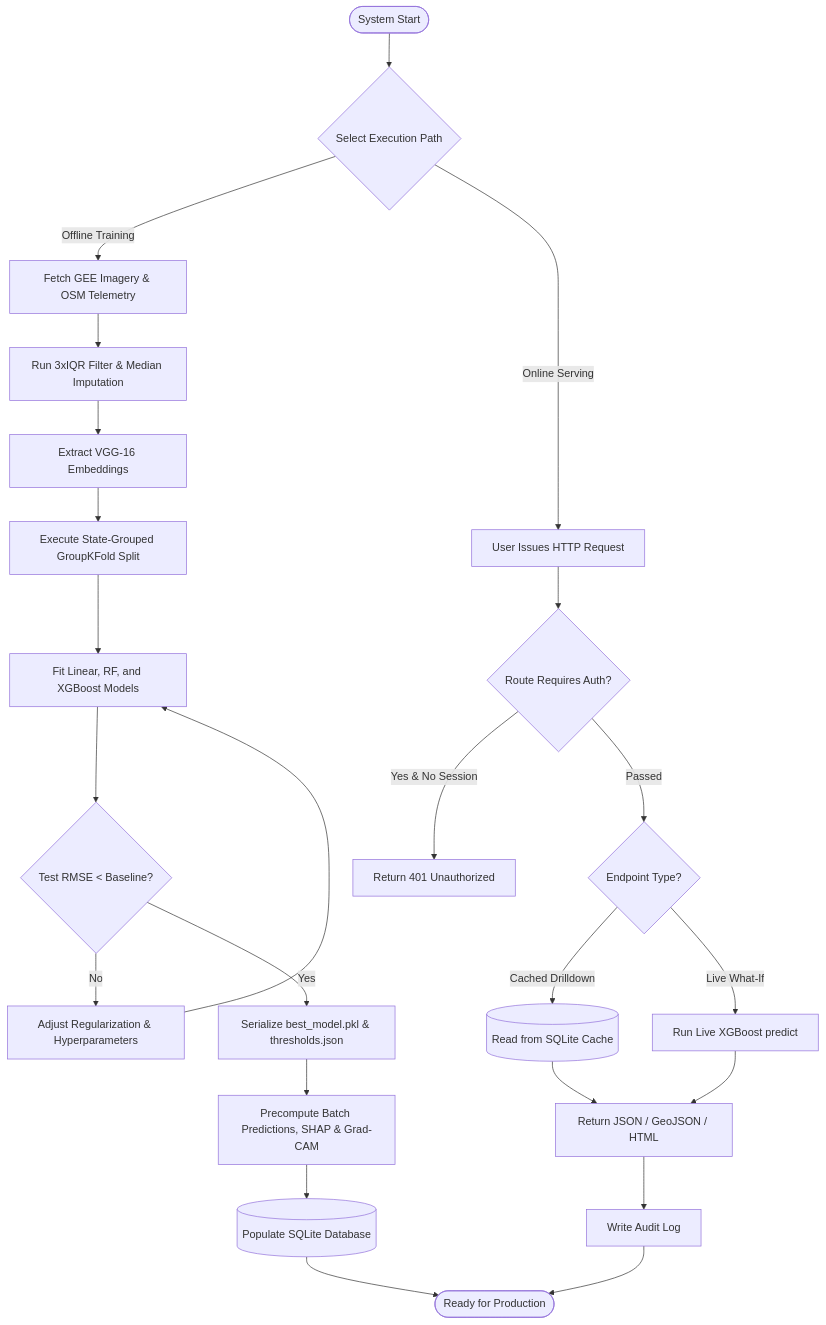
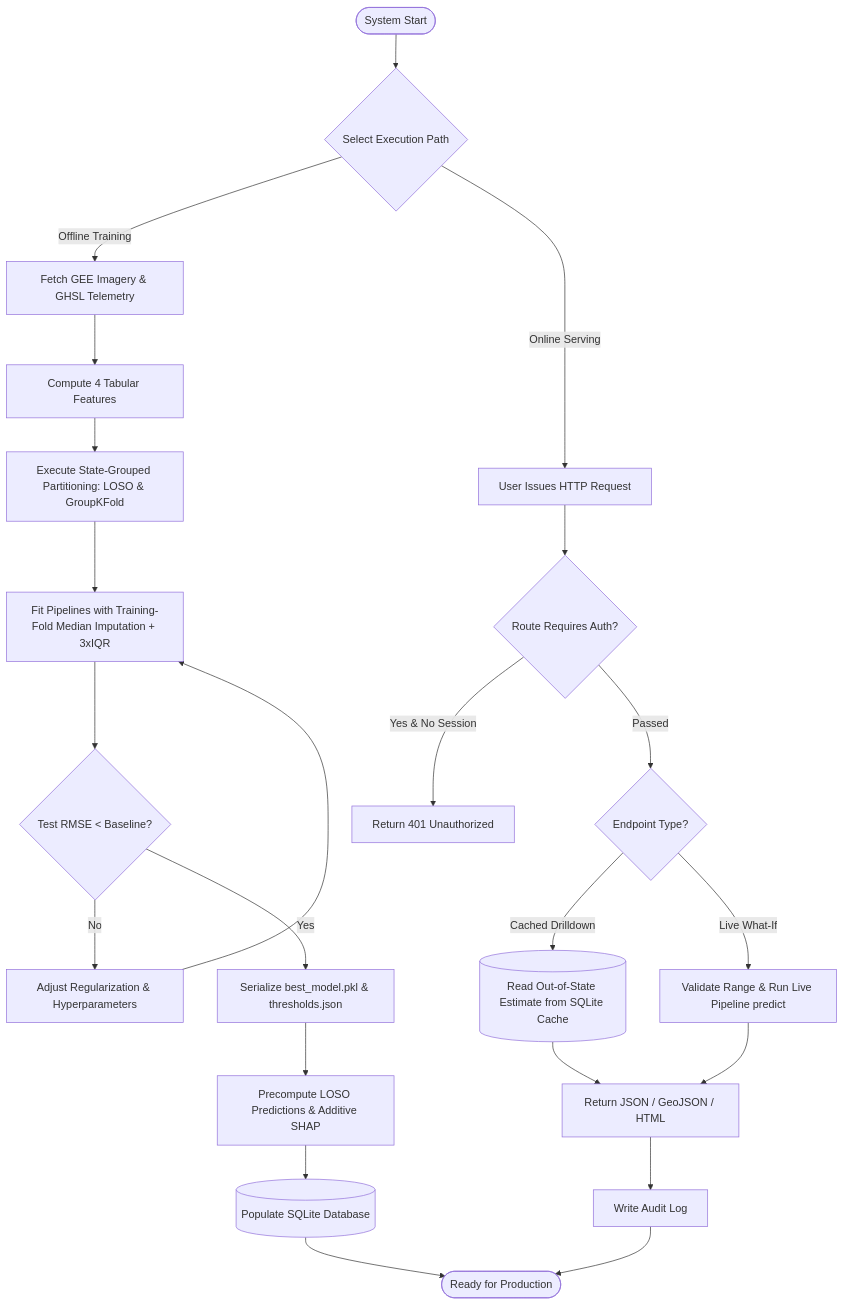
Before and after one commit to ditheshshettigar00-jpg/GeoPovertyAI: the seventh of 7 diagrams in documentation/SOFTWARE_DESIGN_SPECIFICATION.md, drawn with Mermaid. The commit also changed other lines of this file and 133 other files, not shown here.

````diff
--- a/documentation/SOFTWARE_DESIGN_SPECIFICATION.md
+++ b/documentation/SOFTWARE_DESIGN_SPECIFICATION.md
@@ -684,30 +707,29 @@
 ```mermaid
 flowchart TD
     Start([System Start]) --> Mode{Select Execution Path}
 
     %% Training Path
-    Mode -->|Offline Training| Ingest[Fetch GEE Imagery & OSM Telemetry]
-    Ingest --> Clean[Run 3xIQR Filter & Median Imputation]
-    Clean --> Vision[Extract VGG-16 Embeddings]
-    Vision --> Split[Execute State-Grouped GroupKFold Split]
-    Split --> Train[Fit Linear, RF, and XGBoost Models]
+    Mode -->|Offline Training| Ingest[Fetch GEE Imagery & GHSL Telemetry]
+    Ingest --> Clean[Compute 4 Tabular Features]
+    Clean --> Split[Execute State-Grouped Partitioning: LOSO & GroupKFold]
+    Split --> Train[Fit Pipelines with Training-Fold Median Imputation + 3xIQR]
     Train --> Eval{Test RMSE < Baseline?}
     Eval -->|No| Retune[Adjust Regularization & Hyperparameters]
     Retune --> Train
     Eval -->|Yes| SaveModel[Serialize best_model.pkl & thresholds.json]
-    SaveModel --> Precompute[Precompute Batch Predictions, SHAP & Grad-CAM]
+    SaveModel --> Precompute[Precompute LOSO Predictions & Additive SHAP]
     Precompute --> PopulateDB[(Populate SQLite Database)]
     PopulateDB --> End([Ready for Production])
 
     %% Inference Path
     Mode -->|Online Serving| Req[User Issues HTTP Request]
     Req --> AuthCheck{Route Requires Auth?}
     AuthCheck -->|Yes & No Session| Deny[Return 401 Unauthorized]
     AuthCheck -->|Passed| RouteType{Endpoint Type?}
-    RouteType -->|Cached Drilldown| ReadDB[(Read from SQLite Cache)]
+    RouteType -->|Cached Drilldown| ReadDB[(Read Out-of-State Estimate from SQLite Cache)]
     ReadDB --> Resp[Return JSON / GeoJSON / HTML]
-    RouteType -->|Live What-If| Infer[Run Live XGBoost predict]
+    RouteType -->|Live What-If| Infer[Validate Range & Run Live Pipeline predict]
     Infer --> Resp
     Resp --> LogAudit[Write Audit Log]
     LogAudit --> End
 ```
````
